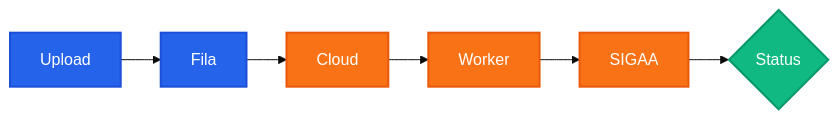
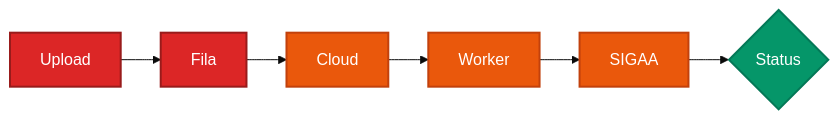
One commit to KairoHenrique/CEFET-Academic-Planner changed the third of 5 diagrams in README.md. Above: the diagram before and after it, drawn with Mermaid. The commit also changed other lines of this file, not shown here.

Commit message:
docs: Mermaid vermelho/laranja no lugar de azul para contraste no GitHub

````diff
--- a/README.md
+++ b/README.md
@@ -197,16 +197,16 @@
 ```mermaid
 %%{init: {"theme": "base", "flowchart": {"curve": "basis", "nodeSpacing": 32, "rankSpacing": 40}}}%%
 flowchart LR
   A[Upload] --> B[Fila]
   B --> C[Cloud]
   C --> D[Worker]
   D --> E[SIGAA]
   E --> F{Status}
 
-  classDef step fill:#2563EB,stroke:#1D4ED8,color:#FFFFFF,stroke-width:2px
-  classDef mid fill:#F97316,stroke:#EA580C,color:#FFFFFF,stroke-width:2px
-  classDef endn fill:#10B981,stroke:#059669,color:#FFFFFF,stroke-width:2px
+  classDef step fill:#DC2626,stroke:#991B1B,color:#FFFFFF,stroke-width:2px
+  classDef mid fill:#EA580C,stroke:#C2410C,color:#FFFFFF,stroke-width:2px
+  classDef endn fill:#059669,stroke:#047857,color:#FFFFFF,stroke-width:2px
   class A,B step
   class C,D,E mid
   class F endn
 ```
````
